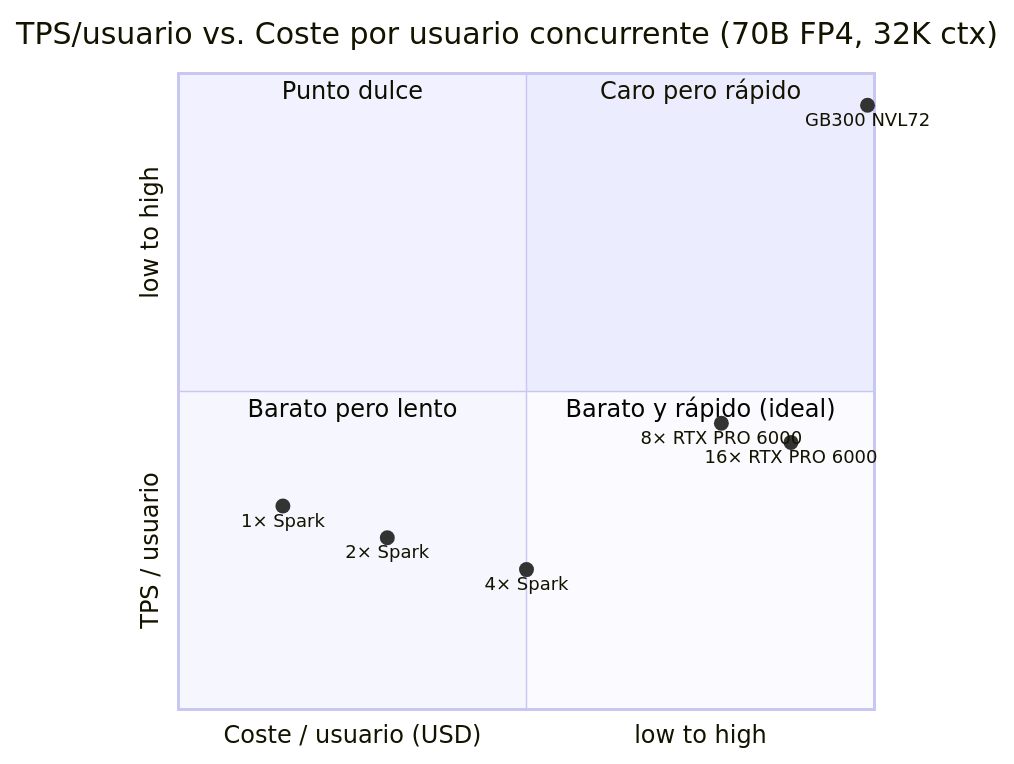
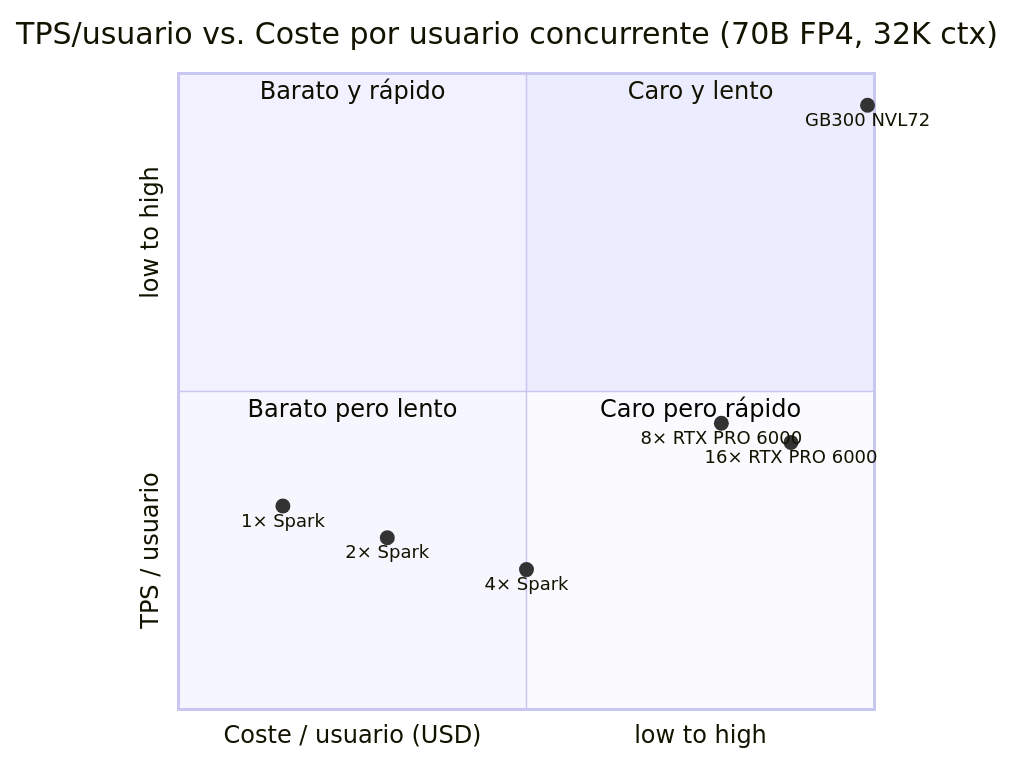
Before and after one commit to SIRGPrice/Spark-Ring-Comparable-Viability: the fourth of 6 diagrams in README.md, drawn with Mermaid. The commit also changed other lines of this file, not shown here.

````diff
--- a/README.md
+++ b/README.md
@@ -871,16 +827,16 @@
 ```mermaid
 quadrantChart
     title TPS/usuario vs. Coste por usuario concurrente (70B FP4, 32K ctx)
     x-axis "Coste / usuario (USD)" --> low to high
     y-axis "TPS / usuario" --> low to high
-    quadrant-1 "Caro pero rápido"
-    quadrant-2 "Punto dulce"
+    quadrant-1 "Caro y lento"
+    quadrant-2 "Barato y rápido"
     quadrant-3 "Barato pero lento"
-    quadrant-4 "Barato y rápido (ideal)"
+    quadrant-4 "Caro pero rápido"
     "1× Spark": [0.15, 0.32]
     "2× Spark": [0.30, 0.27]
     "4× Spark": [0.50, 0.22]
     "8× RTX PRO 6000": [0.78, 0.45]
     "16× RTX PRO 6000": [0.88, 0.42]
     "GB300 NVL72": [0.99, 0.95]
 ```
````
